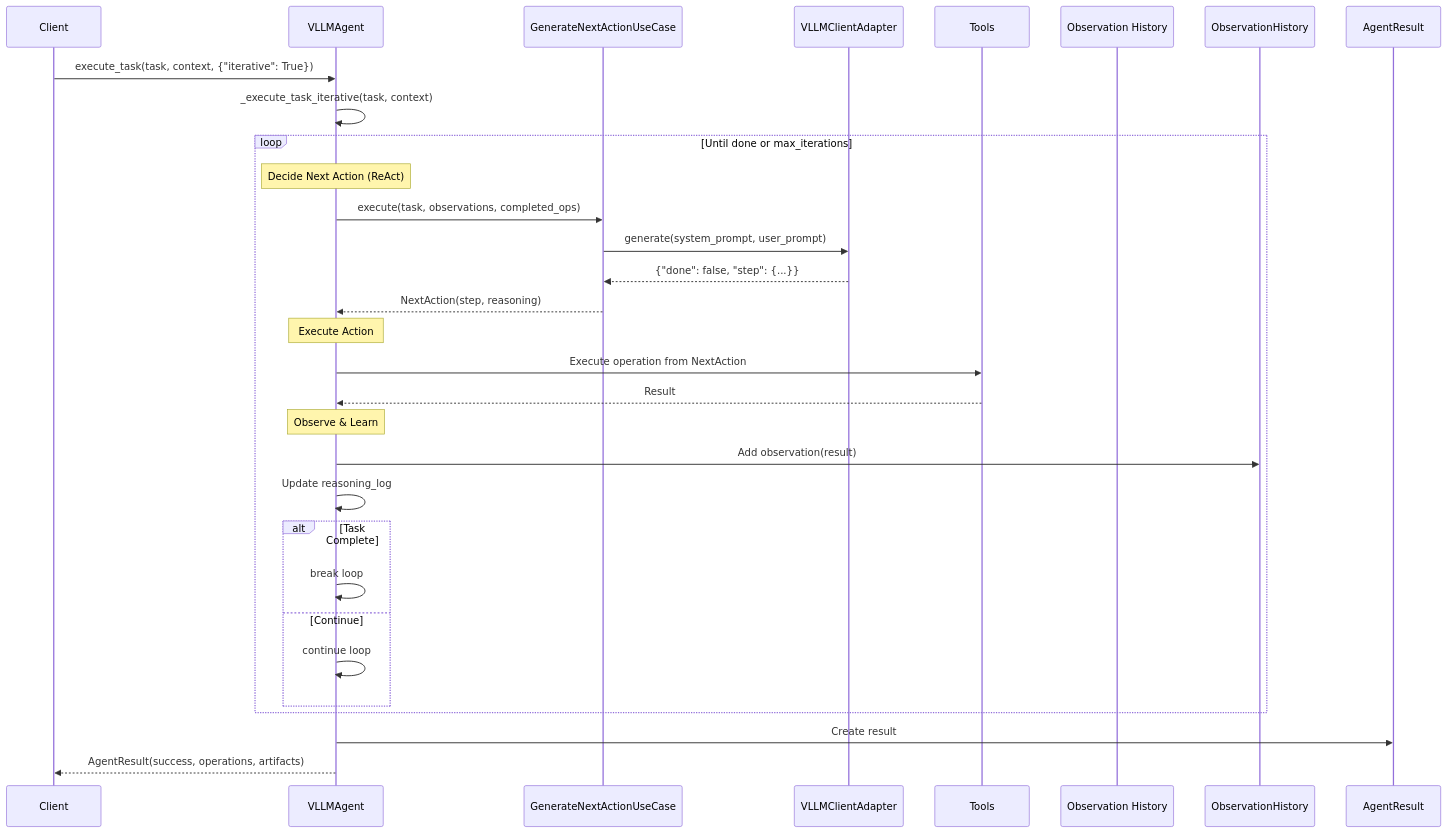
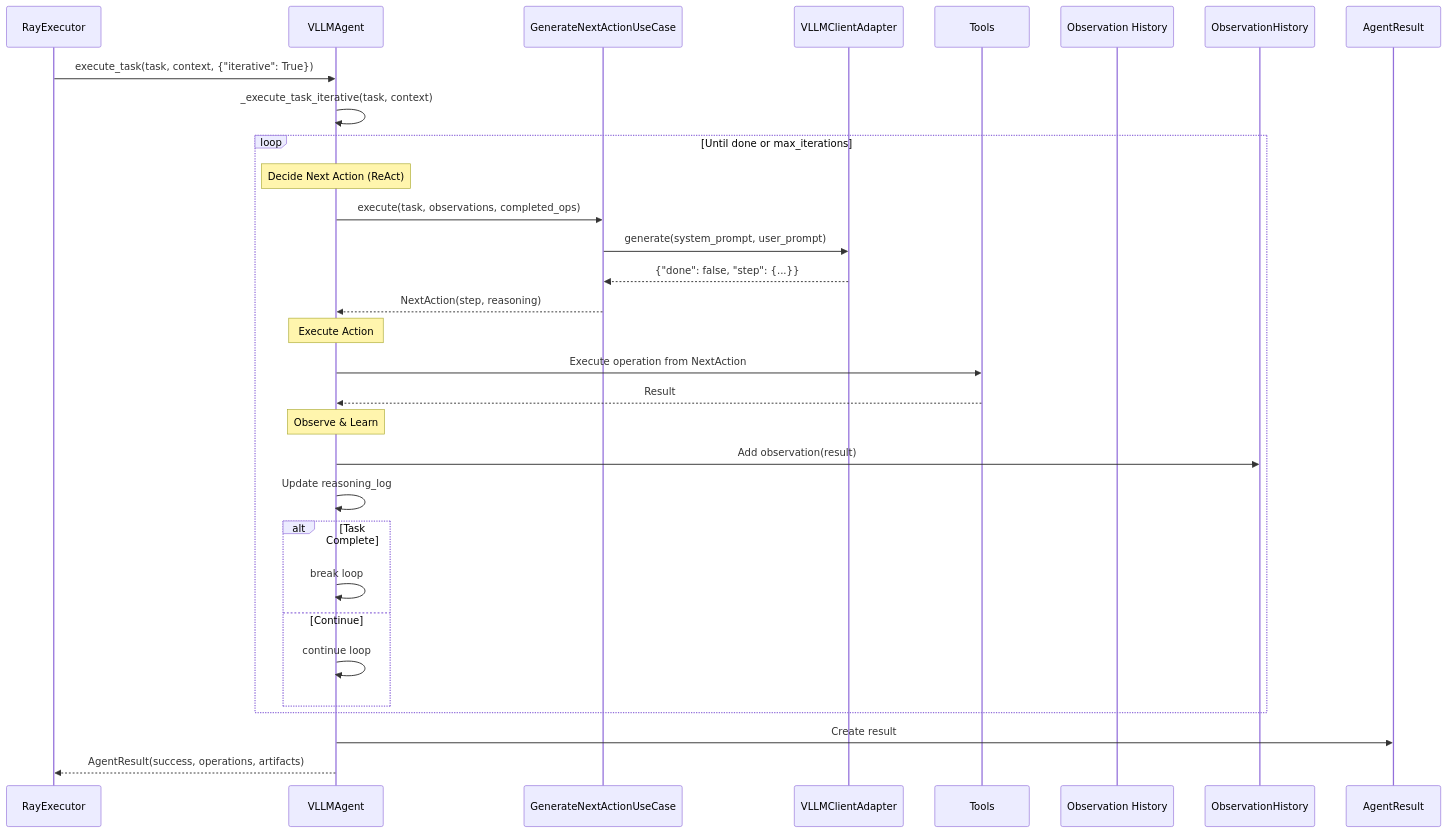
The second of 8 diagrams in docs/architecture/VLLM_AGENT_SEQUENCE_DIAGRAMS.md (underpass-ai/swe-ai-fleet), drawn with Mermaid before and after one commit. The commit also changed other lines of this file and 1 other file, not shown here.

Commit message:
docs(architecture): simplify sequence diagrams and rename Client to RayExecutor
- Simplify VLLMAgent initialization sequence diagram
- Remove excessive internal details (mappers, ports, validations)
- Rename 'Client' to 'RayExecutor' in all sequence diagrams
- Show high-level flow: RayAgentFactory -> VLLMAgent -> UseCases -> Adapters
- Make diagrams more readable and focused on essential flow

````diff
--- a/docs/architecture/VLLM_AGENT_SEQUENCE_DIAGRAMS.md
+++ b/docs/architecture/VLLM_AGENT_SEQUENCE_DIAGRAMS.md
@@ -66,37 +66,37 @@
 ```mermaid
 sequenceDiagram
-    participant Client
+    participant RayExecutor
     participant VLLMAgent
     participant GenerateNextActionUseCase
     participant VLLMClientAdapter
     participant Tools
     participant Observation History
 
-    Client->>VLLMAgent: execute_task(task, context, {"iterative": True})
+    RayExecutor->>VLLMAgent: execute_task(task, context, {"iterative": True})
     VLLMAgent->>VLLMAgent: _execute_task_iterative(task, context)
 
     loop Until done or max_iterations
         Note over VLLMAgent: Decide Next Action (ReAct)
         VLLMAgent->>GenerateNextActionUseCase: execute(task, observations, completed_ops)
         GenerateNextActionUseCase->>VLLMClientAdapter: generate(system_prompt, user_prompt)
         VLLMClientAdapter-->>GenerateNextActionUseCase: {"done": false, "step": {...}}
         GenerateNextActionUseCase-->>VLLMAgent: NextAction(step, reasoning)
 
         Note over VLLMAgent: Execute Action
         VLLMAgent->>Tools: Execute operation from NextAction
         Tools-->>VLLMAgent: Result
 
         Note over VLLMAgent: Observe & Learn
         VLLMAgent->>ObservationHistory: Add observation(result)
         VLLMAgent->>VLLMAgent: Update reasoning_log
 
         alt Task Complete
             VLLMAgent->>VLLMAgent: break loop
         else Continue
             VLLMAgent->>VLLMAgent: continue loop
         end
     end
 
     VLLMAgent->>AgentResult: Create result
-    VLLMAgent-->>Client: AgentResult(success, operations, artifacts)
+    VLLMAgent-->>RayExecutor: AgentResult(success, operations, artifacts)
 ```
````
